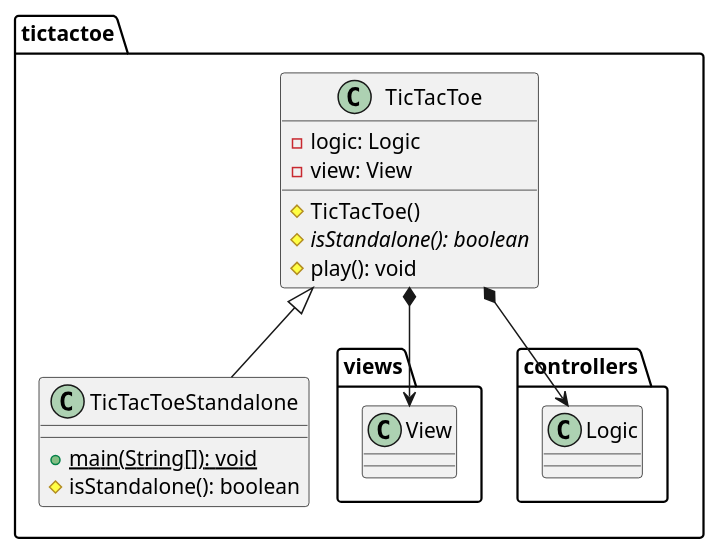
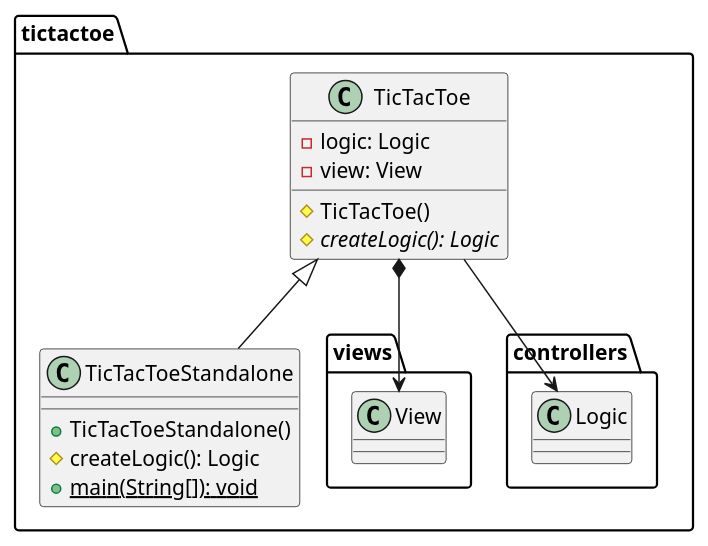
One commit to x-USantaTecla-game-ticTacToe/java changed the second of 6 diagrams in docs/src/docs/asciidoc/index.adoc. Above: the diagram before and after it, drawn with PlantUML. The commit also changed other lines of this file and 67 other files, not shown here.

```diff
--- a/docs/src/docs/asciidoc/index.adoc
+++ b/docs/src/docs/asciidoc/index.adoc
@@ -86,20 +91,20 @@
-[plantuml,tictactoeVersion9,svg]
+[plantuml,tictactoeVersion10,svg]
 ....
 
 class  tictactoe.TicTacToe{
 - logic: Logic
 - view: View
 # TicTacToe()
-# {abstract} isStandalone(): boolean
-# play(): void
+# {abstract} createLogic(): Logic
 }
 tictactoe.TicTacToe *-down-> tictactoe.views.View
-tictactoe.TicTacToe *-down-> tictactoe.controllers.Logic
+tictactoe.TicTacToe --> tictactoe.controllers.Logic
 
 class  tictactoe.TicTacToeStandalone{
++ TicTacToeStandalone()
+# createLogic(): Logic
 + {static} main(String[]): void
-# isStandalone(): boolean
 }
 tictactoe.TicTacToe <|-down- tictactoe.TicTacToeStandalone
 
 ....
```
